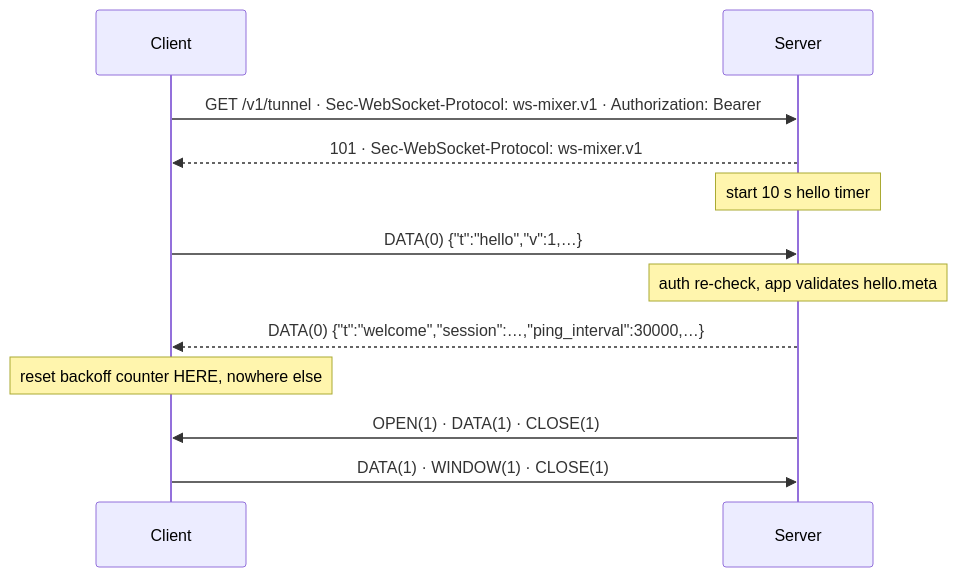
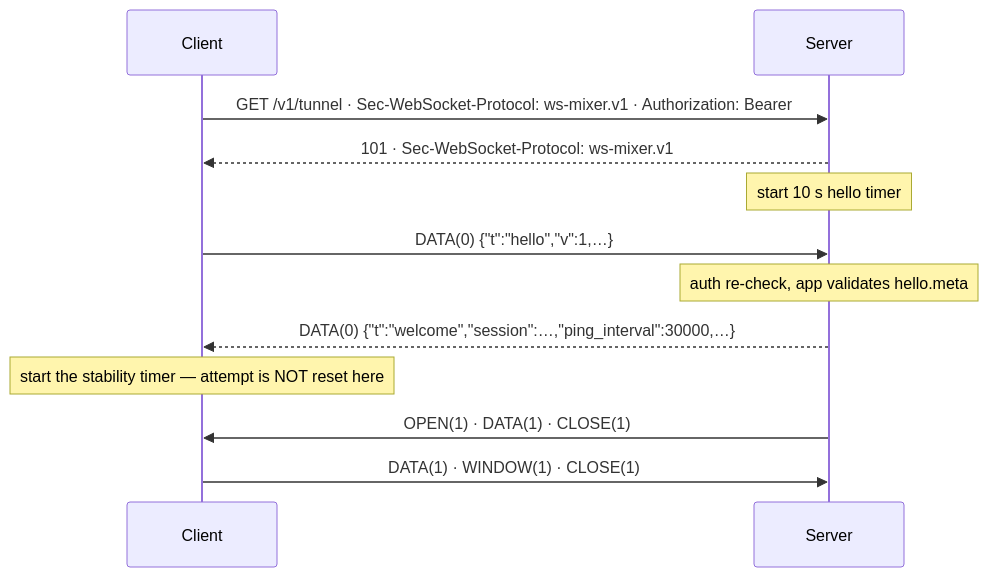
Before and after one commit to mcpwarp/ws-mixer-spec: the second of 4 diagrams in docs/WIRE.md, drawn with Mermaid. The commit also changed other lines of this file and 12 other files, not shown here.

````diff
--- a/docs/WIRE.md
+++ b/docs/WIRE.md
@@ -439,14 +441,14 @@
 ```mermaid
 sequenceDiagram
     participant C as Client
     participant S as Server
     C->>S: GET /v1/tunnel · Sec-WebSocket-Protocol: ws-mixer.v1 · Authorization: Bearer
     S-->>C: 101 · Sec-WebSocket-Protocol: ws-mixer.v1
     Note over S: start 10 s hello timer
     C->>S: DATA(0) {"t":"hello","v":1,…}
     Note over S: auth re-check, app validates hello.meta
     S-->>C: DATA(0) {"t":"welcome","session":…,"ping_interval":30000,…}
-    Note over C: reset backoff counter HERE, nowhere else
+    Note over C: start the stability timer — attempt is NOT reset here
     S->>C: OPEN(1) · DATA(1) · CLOSE(1)
     C->>S: DATA(1) · WINDOW(1) · CLOSE(1)
 ```
````
